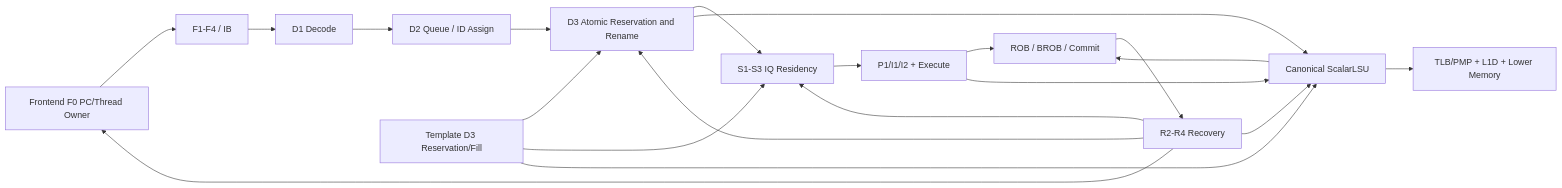
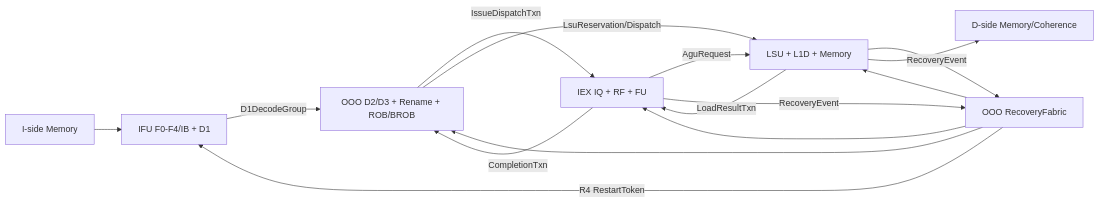
The diagram in docs/chisel/linxcore-chisel-microarchitecture-improvement-design.md (LinxISA/LinxCore), drawn with Mermaid before and after one commit. The commit also changed other lines of this file and 2 other files, not shown here.

First line of the commit message:
Preserve scalar coverage checkpoint evidence

````diff
--- a/docs/chisel/linxcore-chisel-microarchitecture-improvement-design.md
+++ b/docs/chisel/linxcore-chisel-microarchitecture-improvement-design.md
@@ -80,22 +129,17 @@
 ```mermaid
 flowchart LR
-  F0["Frontend F0 PC/Thread Owner"] --> F14["F1-F4 / IB"]
-  F14 --> D1["D1 Decode"]
-  D1 --> D2["D2 Queue / ID Assign"]
-  D2 --> D3["D3 Atomic Reservation and Rename"]
-  D3 --> IQ["S1-S3 IQ Residency"]
-  IQ --> IEX["P1/I1/I2 + Execute"]
-  IEX --> ROB["ROB / BROB / Commit"]
-  D3 --> LSU["Canonical ScalarLSU"]
-  IEX --> LSU
-  LSU --> MEM["TLB/PMP + L1D + Lower Memory"]
-  LSU --> ROB
-  ROB --> REC["R2-R4 Recovery"]
-  REC --> F0
-  REC --> D3
-  REC --> IQ
+  MEMI["I-side Memory"] --> IFU["IFU F0-F4/IB + D1"]
+  IFU -->|"D1DecodeGroup"| OOO["OOO D2/D3 + Rename + ROB/BROB"]
+  OOO -->|"IssueDispatchTxn"| IEX["IEX IQ + RF + FU"]
+  OOO -->|"LsuReservation/Dispatch"| LSU["LSU + L1D + Memory"]
+  IEX -->|"AguRequest"| LSU
+  IEX -->|"CompletionTxn"| OOO
+  LSU -->|"LoadResultTxn"| IEX
+  LSU -->|"RecoveryEvent"| REC["OOO RecoveryFabric"]
+  IEX -->|"RecoveryEvent"| REC
+  REC -->|"R4 RestartToken"| IFU
+  REC --> OOO
+  REC --> IEX
   REC --> LSU
-  TD3["Template D3 Reservation/Fill"] --> D3
-  TD3 --> IQ
-  TD3 --> LSU
+  LSU --> MEMD["D-side Memory/Coherence"]
 ```
````
